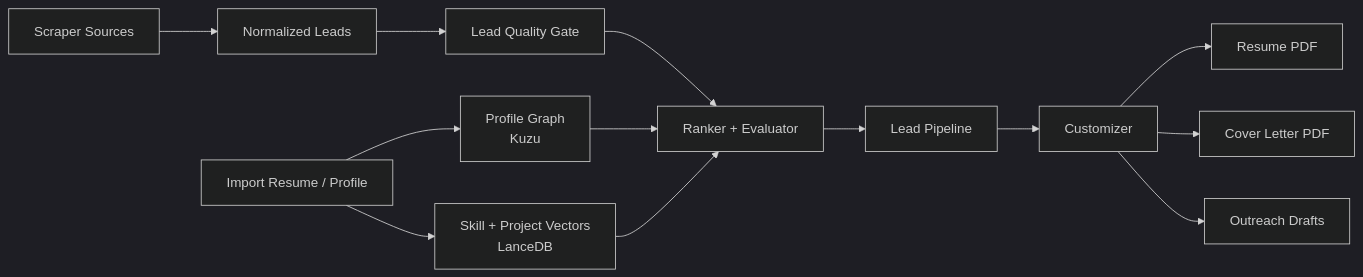
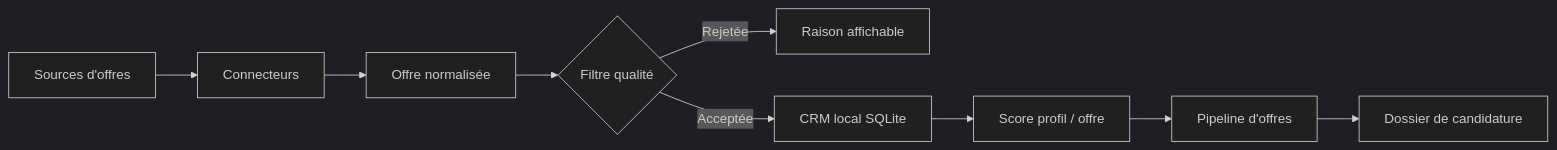
The diagram in README.md (ValMtp3/Juste-Recrute-Moi), drawn with Mermaid (dark theme) before and after one commit. The commit also changed other lines of this file and 174 other files, not shown here.

````diff
--- a/README.md
+++ b/README.md
@@ -98,15 +66,11 @@
 ```mermaid
 flowchart LR
-    A["Import Resume / Profile"] --> B["Profile Graph<br/>Kuzu"]
-    A --> C["Skill + Project Vectors<br/>LanceDB"]
-    D["Scraper Sources"] --> E["Normalized Leads"]
-    E --> F["Lead Quality Gate"]
-    F --> G["Ranker + Evaluator"]
-    B --> G
-    C --> G
-    G --> H["Lead Pipeline"]
-    H --> I["Customizer"]
-    I --> J["Resume PDF"]
-    I --> K["Cover Letter PDF"]
-    I --> L["Outreach Drafts"]
+    A["Sources d'offres"] --> B["Connecteurs"]
+    B --> C["Offre normalisée"]
+    C --> D{"Filtre qualité"}
+    D -- "Rejetée" --> E["Raison affichable"]
+    D -- "Acceptée" --> F["CRM local SQLite"]
+    F --> G["Score profil / offre"]
+    G --> H["Pipeline d'offres"]
+    H --> I["Dossier de candidature"]
 ```
````
